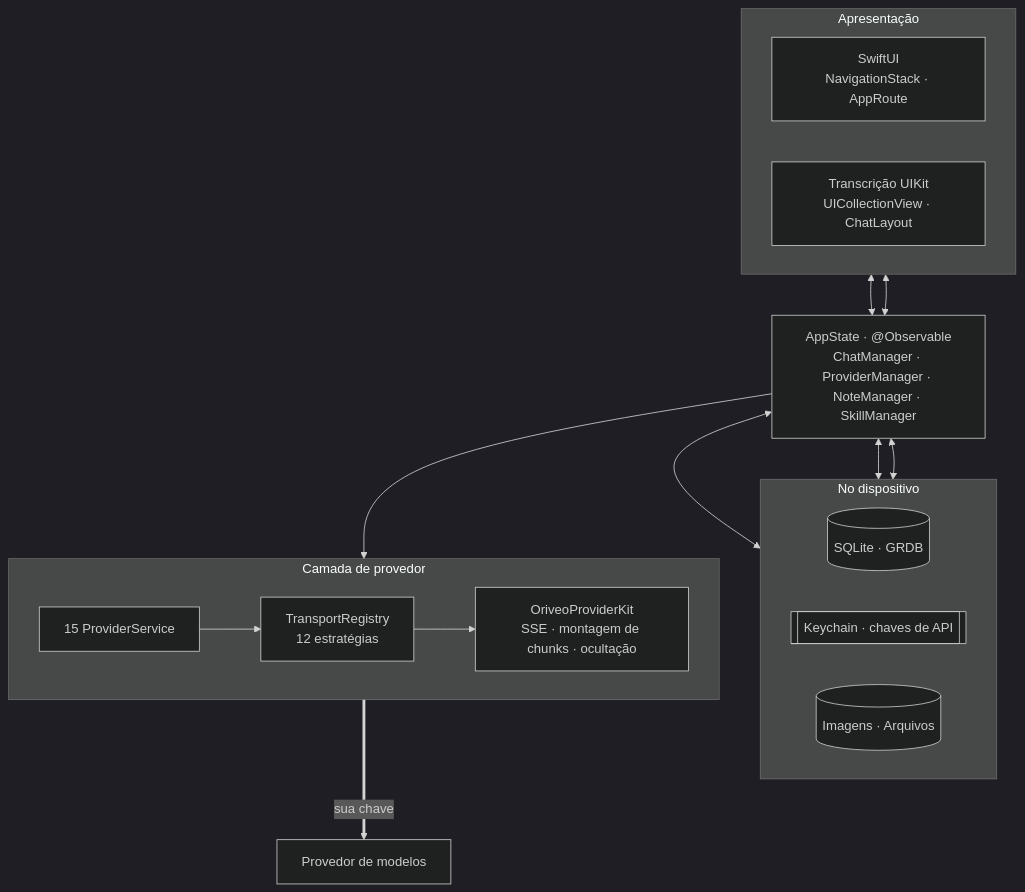
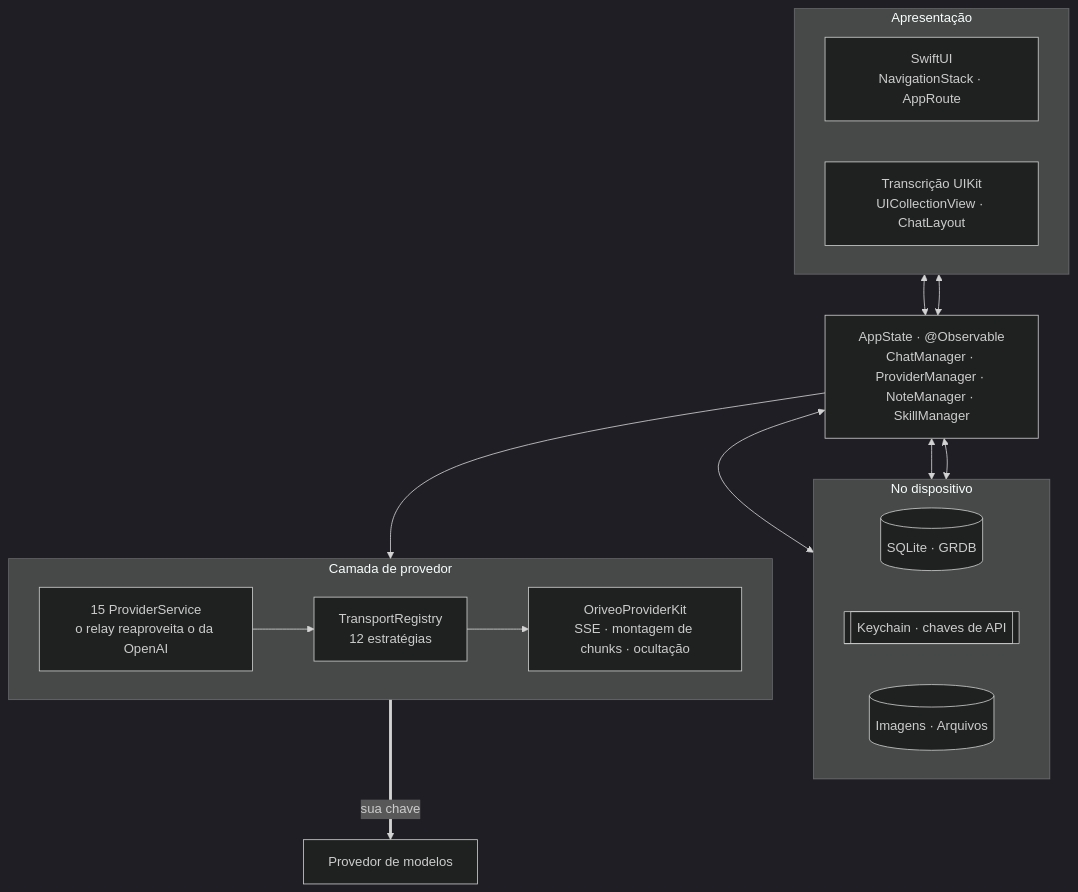
One commit to oriveo/oriveo changed the first of 2 diagrams in readme_i18n/pt-BR/ios.md. Above: the diagram before and after it, drawn with Mermaid (dark theme). The commit also changed other lines of this file and 19 other files, not shown here.

````diff
--- a/readme_i18n/pt-BR/ios.md
+++ b/readme_i18n/pt-BR/ios.md
@@ -47,30 +47,30 @@
 ```mermaid
 flowchart TB
     subgraph ui ["Apresentação"]
         direction LR
         swiftui["SwiftUI<br/>NavigationStack · AppRoute"]
         uikit["Transcrição UIKit<br/>UICollectionView · ChatLayout"]
     end
 
     appstate["AppState · @Observable<br/>ChatManager · ProviderManager · NoteManager · SkillManager"]
 
     subgraph store ["No dispositivo"]
         direction LR
         grdb[("SQLite · GRDB")]
         keychain[["Keychain · chaves de API"]]
         files[("Imagens · Arquivos")]
     end
 
     subgraph provider ["Camada de provedor"]
         direction LR
-        services["15 ProviderService"]
+        services["15 ProviderService<br/>o relay reaproveita o da OpenAI"]
         transports["TransportRegistry<br/>12 estratégias"]
         kit["OriveoProviderKit<br/>SSE · montagem de chunks · ocultação"]
     end
 
     swiftui & uikit <--> appstate
     appstate <--> grdb & keychain & files
     appstate --> services
     services --> transports --> kit
     kit ==>|"sua chave"| up["Provedor de modelos"]
 ```
````
